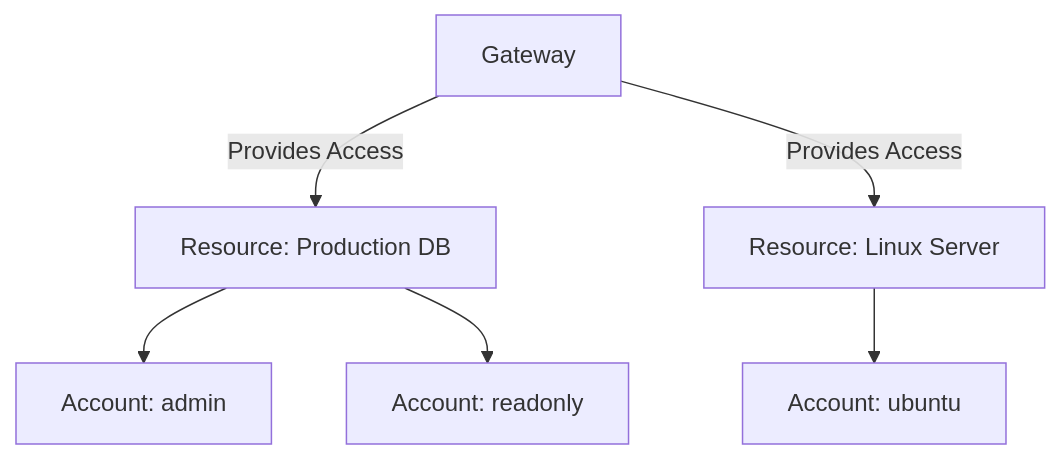
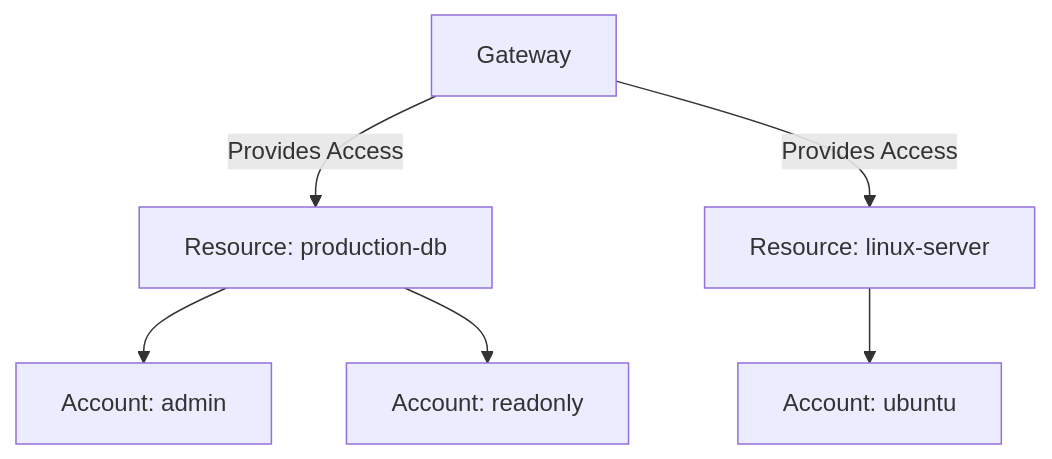
The diagram in docs/documentation/platform/pam/overview.mdx (Infisical/infisical), drawn with Mermaid before and after one commit. The commit also changed other lines of this file and 21 other files, not shown here.

````diff
--- a/docs/documentation/platform/pam/overview.mdx
+++ b/docs/documentation/platform/pam/overview.mdx
@@ -40,10 +40,10 @@
 ```mermaid
 graph TD
-    GW[Gateway] --> |Provides Access| DB[Resource: Production DB]
-    GW[Gateway] --> |Provides Access| SRV[Resource: Linux Server]
+    GW[Gateway] --> |Provides Access| DB[Resource: production-db]
+    GW[Gateway] --> |Provides Access| SRV[Resource: linux-server]
     
     DB --> A1[Account: admin]
     DB --> A2[Account: readonly]
     
     SRV --> A3[Account: ubuntu]
 ```
````
